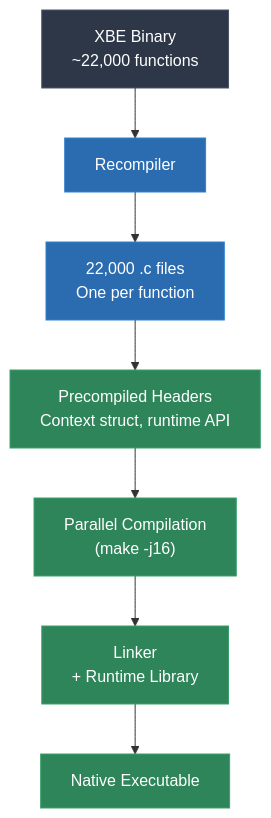
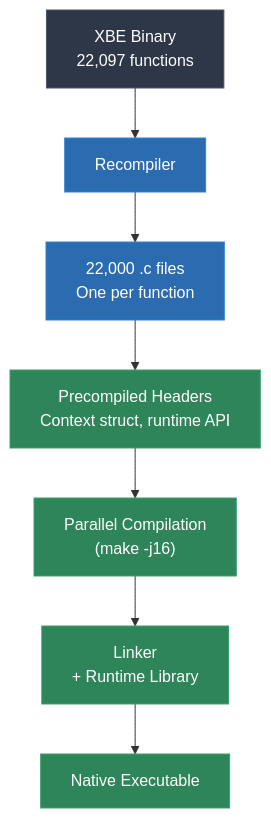
The second of 2 diagrams in units/unit-7-advanced-targets/module-27-xbox-win32/lecture.md (sp00nznet/recompclass), drawn with Mermaid before and after one commit. The commit also changed other lines of this file and 38 other files, not shown here.

````diff
--- a/units/unit-7-advanced-targets/module-27-xbox-win32/lecture.md
+++ b/units/unit-7-advanced-targets/module-27-xbox-win32/lecture.md
@@ -272,17 +272,17 @@
 ```mermaid
 flowchart TD
-    XBE["XBE Binary\n~22,000 functions"] --> Recomp["Recompiler"]
+    XBE["XBE Binary\n22,097 functions"] --> Recomp["Recompiler"]
     Recomp --> Files["22,000 .c files\nOne per function"]
     Files --> PCH["Precompiled Headers\nContext struct, runtime API"]
     PCH --> Parallel["Parallel Compilation\n(make -j16)"]
     Parallel --> Link["Linker\n+ Runtime Library"]
     Link --> Exe["Native Executable"]
 
     style XBE fill:#2d3748,stroke:#4a5568,color:#fff
     style Recomp fill:#2b6cb0,stroke:#3182ce,color:#fff
     style Files fill:#2b6cb0,stroke:#3182ce,color:#fff
     style PCH fill:#2f855a,stroke:#38a169,color:#fff
     style Parallel fill:#2f855a,stroke:#38a169,color:#fff
     style Link fill:#2f855a,stroke:#38a169,color:#fff
     style Exe fill:#2f855a,stroke:#38a169,color:#fff
 ```
````
